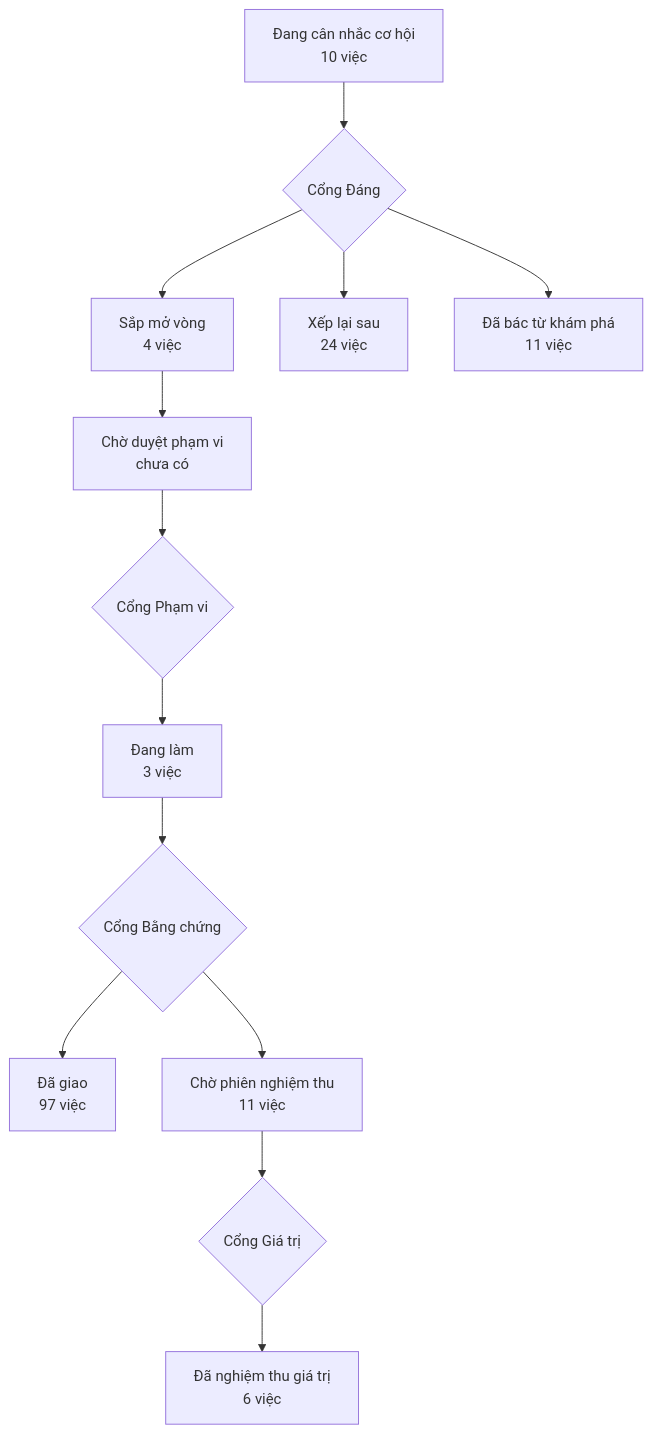
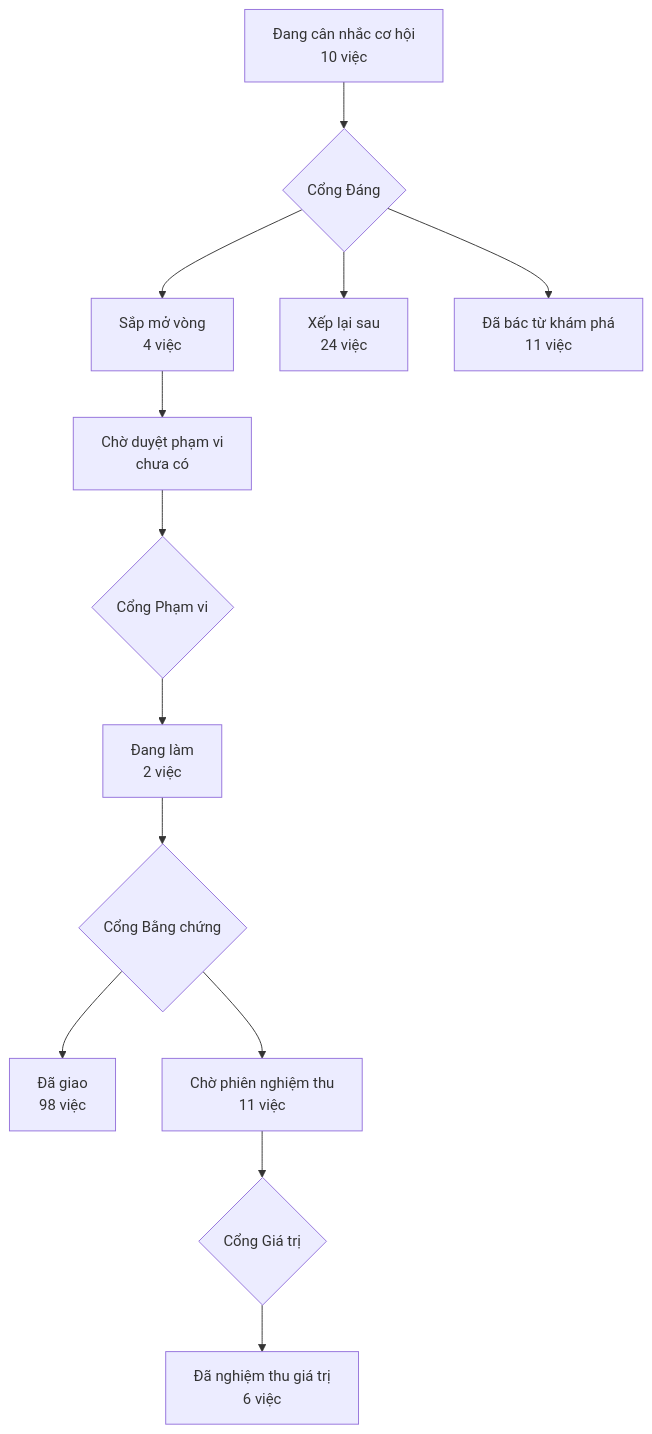
One commit to phanlemanh/acceptance-gate-kit changed the diagram in PRODUCT-MAP.md. Above: the diagram before and after it, drawn with Mermaid. The commit also changed 7 other files, not shown here.

````diff
--- a/PRODUCT-MAP.md
+++ b/PRODUCT-MAP.md
@@ -6,12 +6,12 @@
 ```mermaid
 flowchart TD
   A["Đang cân nhắc cơ hội<br/>10 việc"] --> GD{"Cổng Đáng"}
   GD --> B["Sắp mở vòng<br/>4 việc"]
   GD --> XL["Xếp lại sau<br/>24 việc"]
   GD --> DB["Đã bác từ khám phá<br/>11 việc"]
   B --> CD["Chờ duyệt phạm vi<br/>chưa có"] --> GP{"Cổng Phạm vi"}
-  GP --> DL["Đang làm<br/>3 việc"] --> GB{"Cổng Bằng chứng"}
-  GB --> DG["Đã giao<br/>97 việc"]
+  GP --> DL["Đang làm<br/>2 việc"] --> GB{"Cổng Bằng chứng"}
+  GB --> DG["Đã giao<br/>98 việc"]
   GB --> CN["Chờ phiên nghiệm thu<br/>11 việc"] --> GG{"Cổng Giá trị"}
   GG --> NT["Đã nghiệm thu giá trị<br/>6 việc"]
 ```
````
